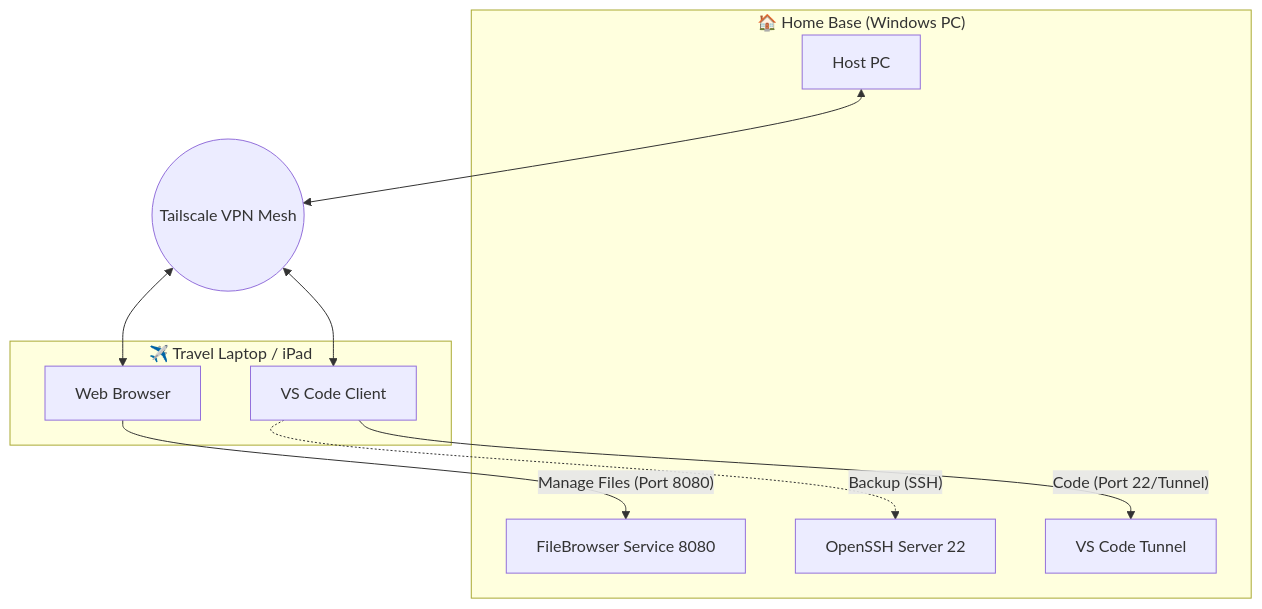
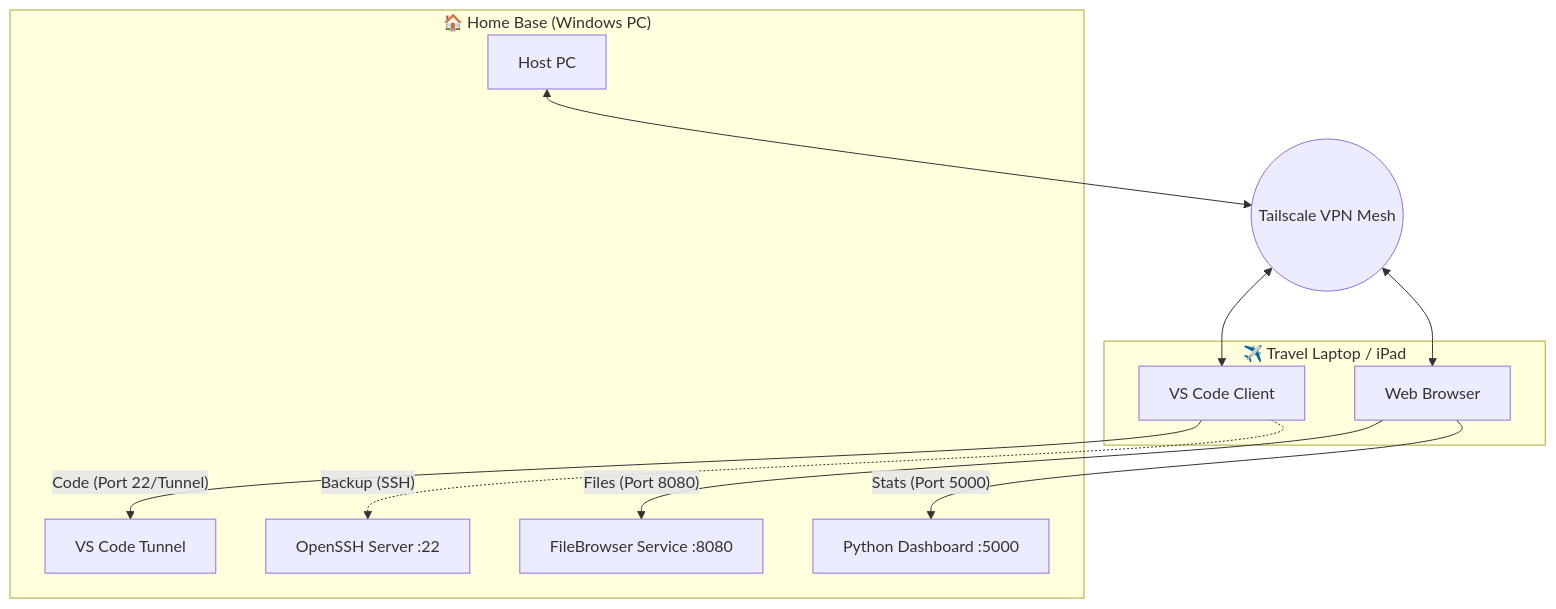
One commit to kimzam30/RemoteDevSetupWithNAS changed the diagram in README.md. Above: the diagram before and after it, drawn with Mermaid. The commit also changed other lines of this file, not shown here.

````diff
--- a/README.md
+++ b/README.md
@@ -36,24 +47,26 @@
 ```mermaid
 graph TD
     subgraph Home_Network ["🏠 Home Base (Windows PC)"]
         PC[Host PC]
-        FileBrowser[FileBrowser Service 8080]
-        SSH[OpenSSH Server 22]
+        FileBrowser[FileBrowser Service :8080]
+        SSH[OpenSSH Server :22]
+        Dashboard[Python Dashboard :5000]
         Tunnel[VS Code Tunnel]
     end
 
     subgraph Travel_Setup ["✈️ Travel Laptop / iPad"]
         Client[VS Code Client]
         Browser[Web Browser]
     end
 
     Tailscale((Tailscale VPN Mesh))
 
     PC <--> Tailscale
     Tailscale <--> Client
     Tailscale <--> Browser
 
     Client -- "Code (Port 22/Tunnel)" --> Tunnel
-    Browser -- "Manage Files (Port 8080)" --> FileBrowser
-    Client -. "Backup (SSH)" .-> SSH 
+    Browser -- "Files (Port 8080)" --> FileBrowser
+    Browser -- "Stats (Port 5000)" --> Dashboard
+    Client -. "Backup (SSH)" .-> SSH
 ```
````
